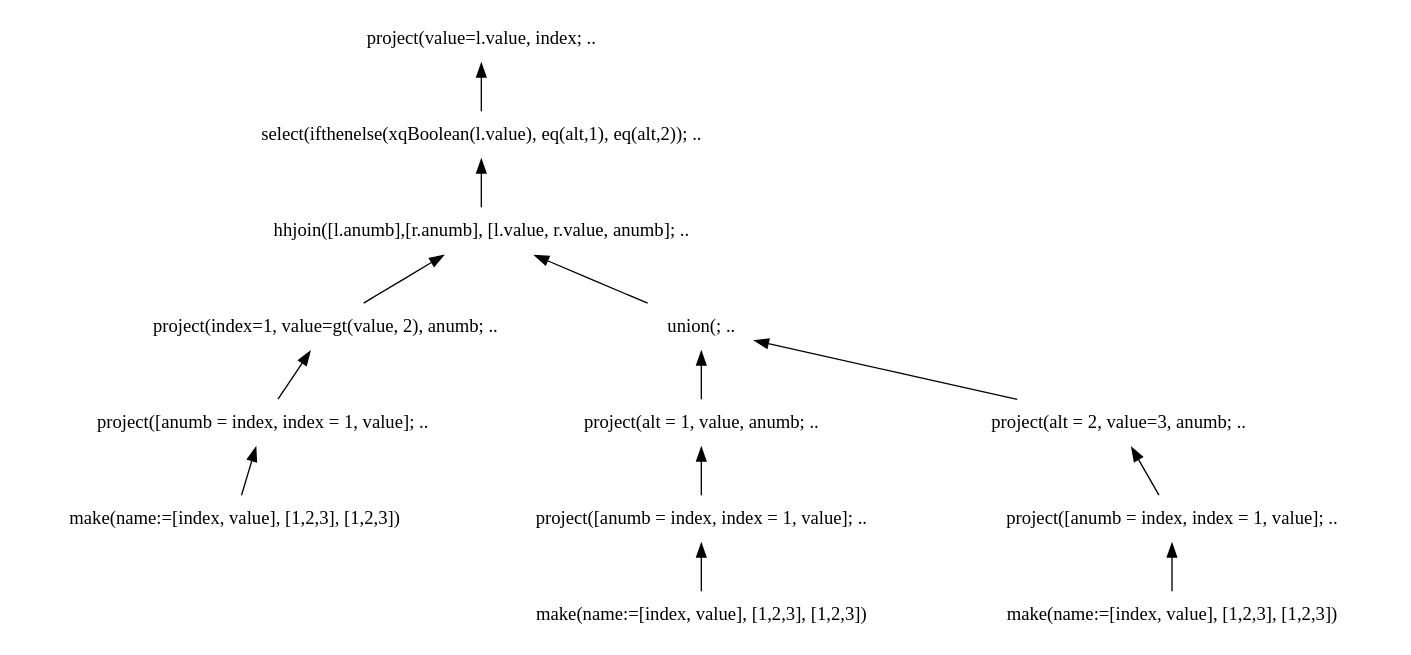
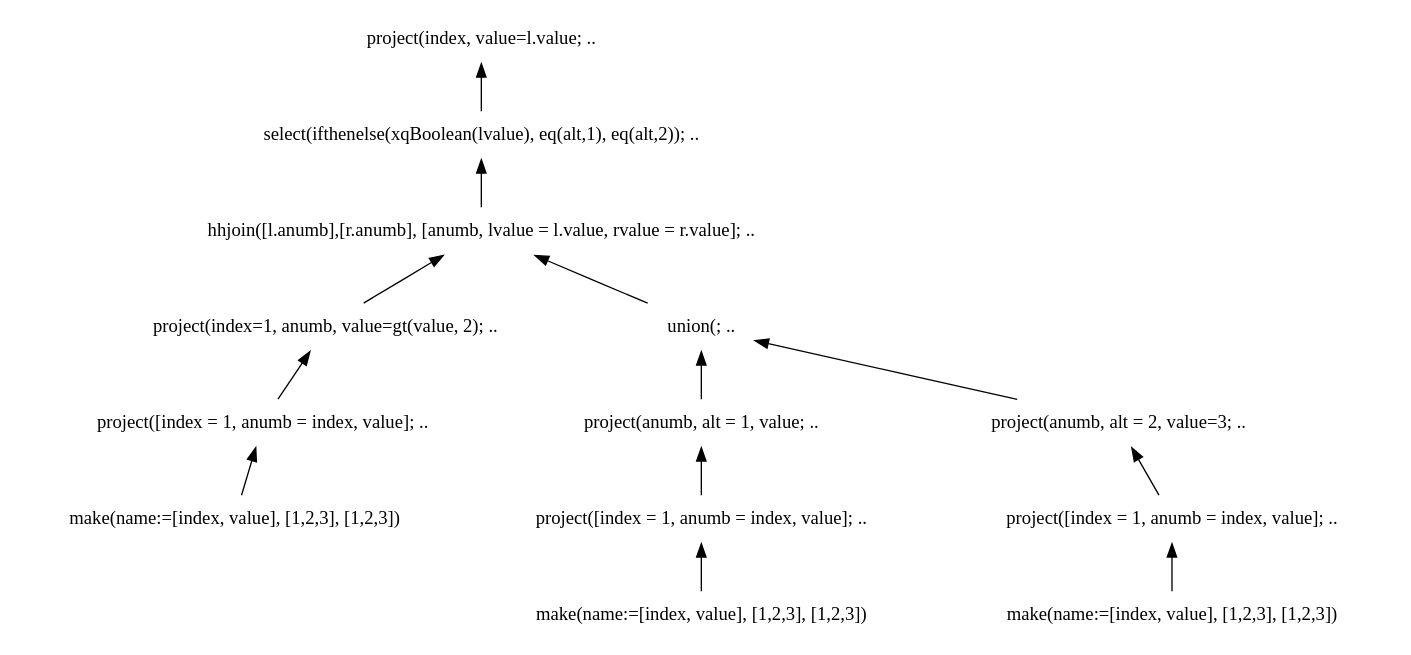
One commit to andrerav/xqft-parser changed the diagram in doc/graph_src/ifthenelse.dot. Above: the diagram before and after it, drawn with Graphviz. The commit also changed 12 other files, not shown here.

```diff
--- a/doc/graph_src/ifthenelse.dot
+++ b/doc/graph_src/ifthenelse.dot
@@ -1,35 +1,33 @@
 digraph AST {
 edge [color=black, dir=both, weight=1, fontcolor=black, fontname=Helvetica, arrowhead=none,arrowtail=normal]
 node [shape=plaintext]
 
 project1231->make1231
 project1232->make1232
 project1233->make1233
 make1231 [label="make(name:=[index, value], [1,2,3], [1,2,3])"]
 make1232 [label="make(name:=[index, value], [1,2,3], [1,2,3])"]
 make1233 [label="make(name:=[index, value], [1,2,3], [1,2,3])"]
-project1231 [label="project([anumb = index, index = 1, value]; .."]
-project1232 [label="project([anumb = index, index = 1, value]; .."]
-project1233 [label="project([anumb = index, index = 1, value]; .."]
+project1231 [label="project([index = 1, anumb = index, value]; .."]
+project1232 [label="project([index = 1, anumb = index, value]; .."]
+project1233 [label="project([index = 1, anumb = index, value]; .."]
 
-project1 [label="project(value=l.value, index; .."]
-project2 [label="project(alt = 1, value, anumb; .."]
-project3 [label="project(alt = 2, value=3, anumb; .."]
-project4 [label=" project(index=1, value=gt(value, 2), anumb; .."]
+project1 [label="project(index, value=l.value; .."]
+project2 [label="project(anumb, alt = 1, value; .."]
+project3 [label="project(anumb, alt = 2, value=3; .."]
+project4 [label=" project(index=1, anumb, value=gt(value, 2); .."]
 
-select1 [label="select(ifthenelse(xqBoolean(l.value), eq(alt,1), eq(alt,2)); .."]
-
-hhjoin1 [label="hhjoin([l.anumb],[r.anumb], [l.value, r.value, anumb]; .."]
-
+select1 [label="select(ifthenelse(xqBoolean(lvalue), eq(alt,1), eq(alt,2)); .."]
+hhjoin1 [label="hhjoin([l.anumb],[r.anumb], [anumb, lvalue = l.value, rvalue = r.value]; .."]
 union1 [label="union(; .."]
 
 project1->select1
   select1->hhjoin1
     hhjoin1->union1
       union1->project2
         project2->project1231
       union1->project3
         project3->project1232
     hhjoin1->project4
       project4->project1233
 }
```
